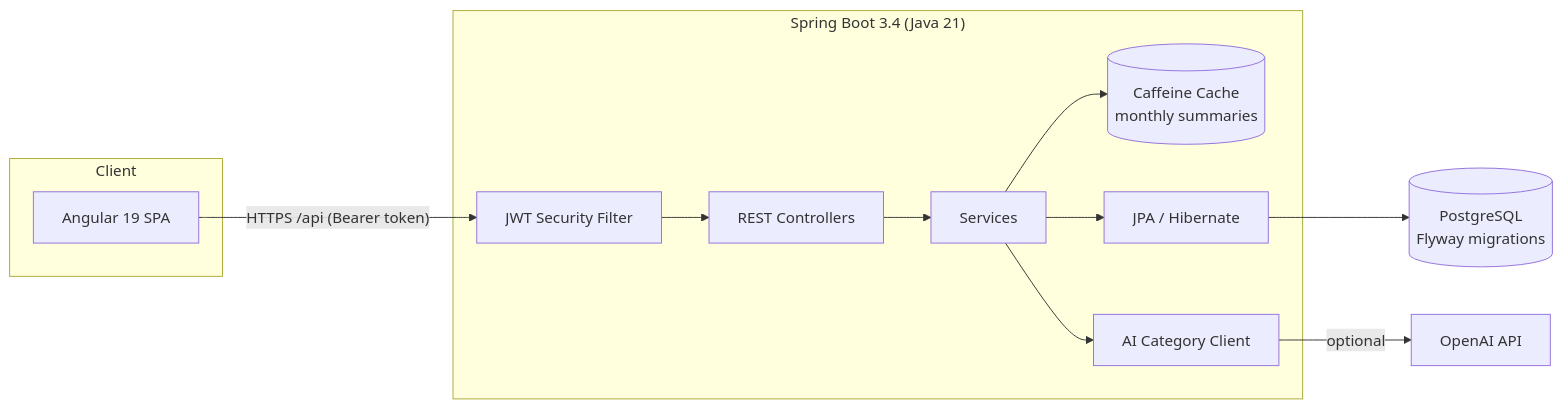
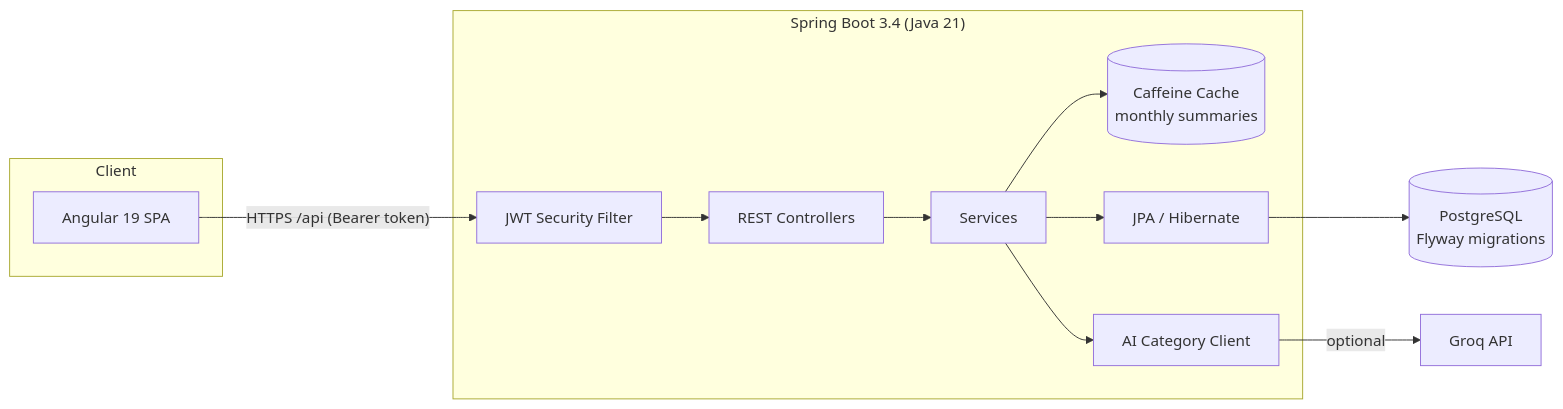
Before and after one commit to zaker1998/Spendly-Personal-Expense-Tracker: the diagram in README.md, drawn with Mermaid. The commit also changed other lines of this file and 4 other files, not shown here.

First line of the commit message:
Update AI category suggestion integration to use Groq API

````diff
--- a/README.md
+++ b/README.md
@@ -29,23 +29,23 @@
 ```mermaid
 flowchart LR
     subgraph Client
         NG[Angular 19 SPA]
     end
 
     subgraph Backend["Spring Boot 3.4 (Java 21)"]
         SEC[JWT Security Filter]
         API[REST Controllers]
         SVC[Services]
         CACHE[(Caffeine Cache<br/>monthly summaries)]
         AI[AI Category Client]
         JPA[JPA / Hibernate]
     end
 
     DB[(PostgreSQL<br/>Flyway migrations)]
-    LLM[OpenAI API]
+    LLM[Groq API]
 
     NG -->|"HTTPS /api (Bearer token)"| SEC --> API --> SVC
     SVC --> CACHE
     SVC --> JPA --> DB
     SVC --> AI -->|optional| LLM
 ```
````
